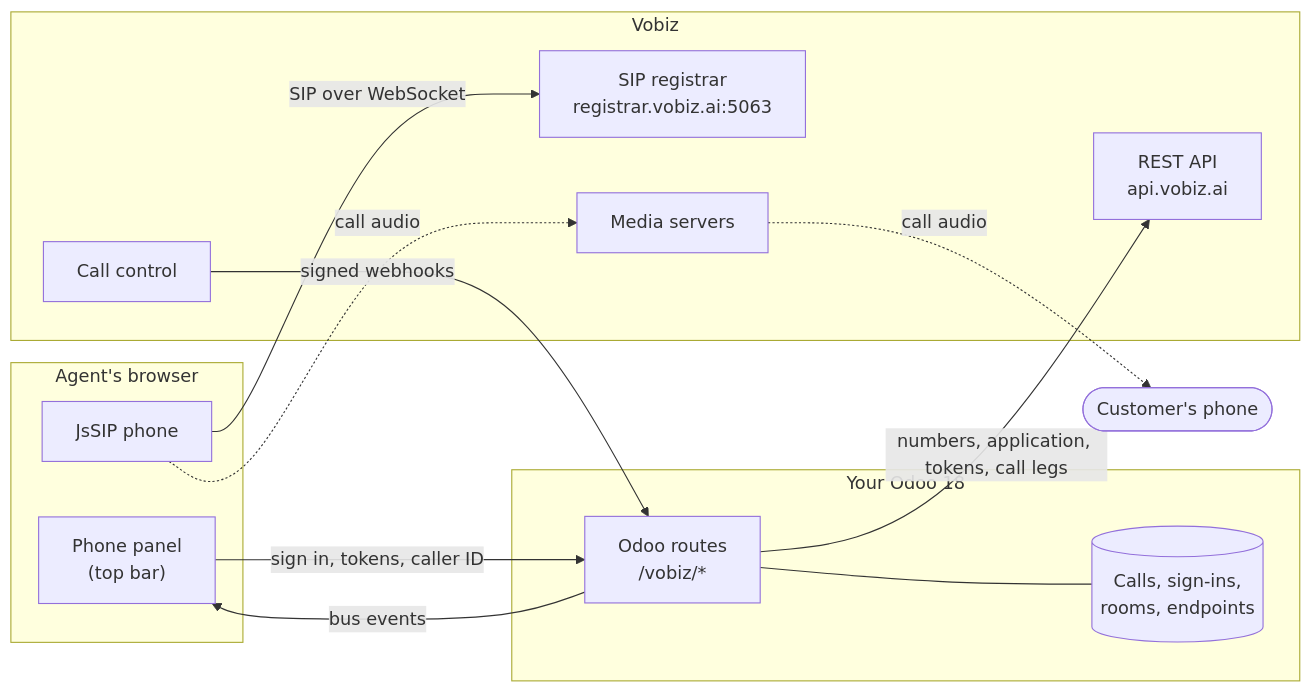
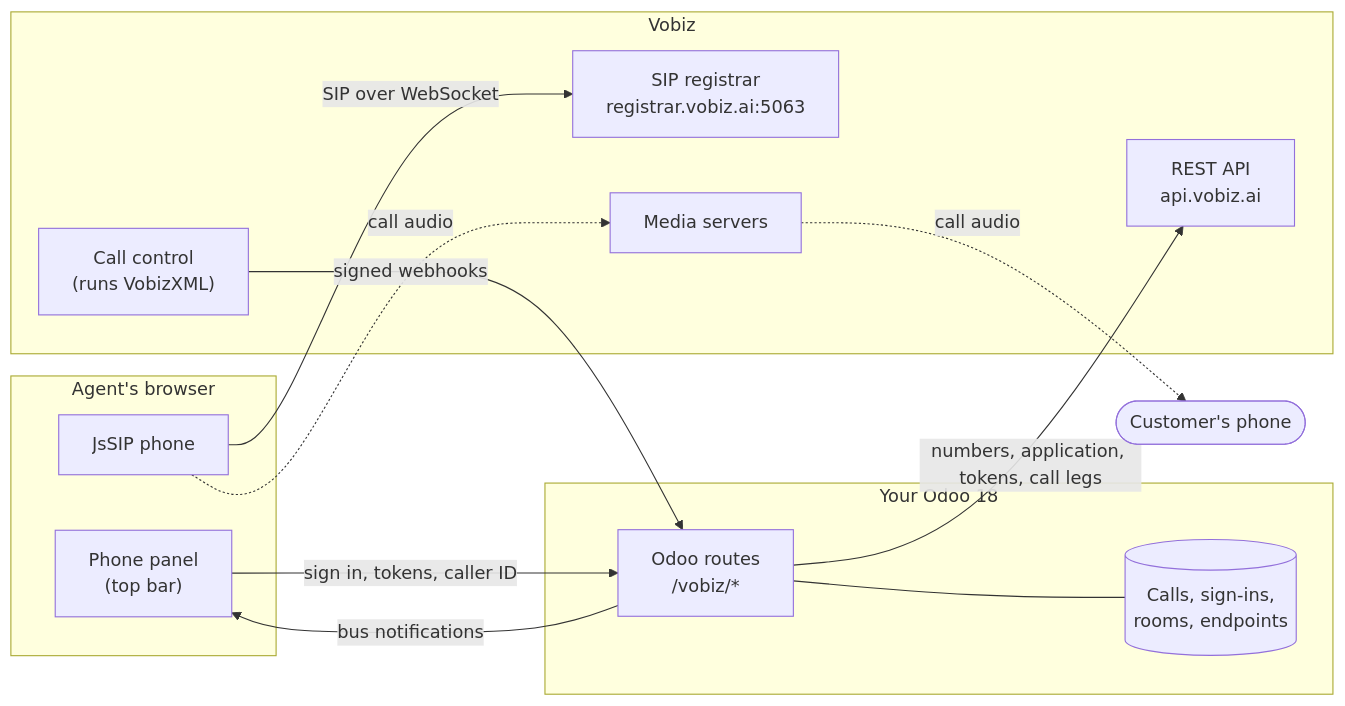
The first of 6 diagrams in README.md (vobiz-ai/odoo-vobiz-calling), drawn with Mermaid before and after one commit. The commit also changed other lines of this file, not shown here.

````diff
--- a/README.md
+++ b/README.md
@@ -48,27 +604,27 @@
 ```mermaid
 flowchart LR
     subgraph browser ["Agent's browser"]
         panel["Phone panel<br/>(top bar)"]
         jssip["JsSIP phone"]
     end
     subgraph odoo ["Your Odoo 18"]
         routes["Odoo routes<br/>/vobiz/*"]
         records[("Calls, sign-ins,<br/>rooms, endpoints")]
     end
     subgraph vobiz ["Vobiz"]
         api["REST API<br/>api.vobiz.ai"]
         registrar["SIP registrar<br/>registrar.vobiz.ai:5063"]
-        control["Call control"]
+        control["Call control<br/>(runs VobizXML)"]
         media["Media servers"]
     end
     phone(["Customer's phone"])
 
-    panel -->|sign in, tokens, caller ID| routes
+    panel -->|"sign in, tokens, caller ID"| routes
     routes --- records
-    routes -->|numbers, application, tokens, call legs| api
-    control -->|signed webhooks| routes
-    routes -->|bus events| panel
-    jssip -->|SIP over WebSocket| registrar
-    jssip -.->|call audio| media
-    media -.->|call audio| phone
+    routes -->|"numbers, application, tokens, call legs"| api
+    control -->|"signed webhooks"| routes
+    routes -->|"bus notifications"| panel
+    jssip -->|"SIP over WebSocket"| registrar
+    jssip -.->|"call audio"| media
+    media -.->|"call audio"| phone
 ```
````
